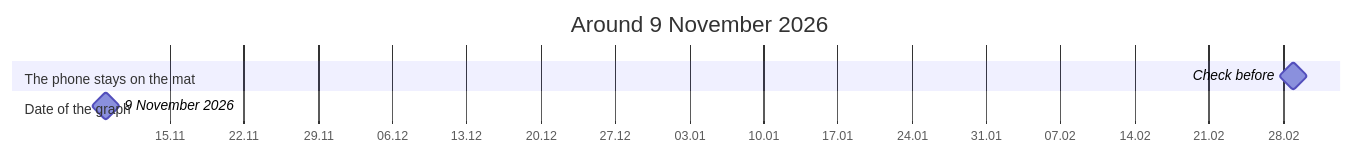
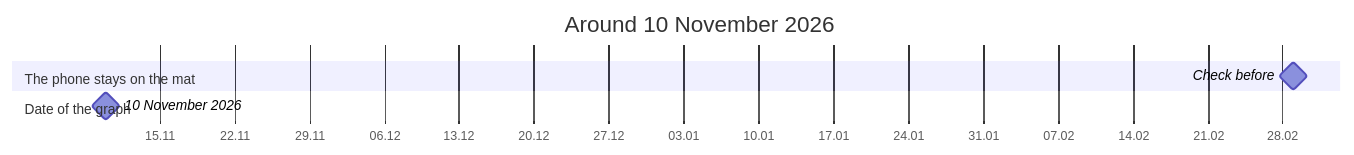
Before and after one commit to advancedcognitivesystems-ai/trame: the diagram in apps/poselia/docs/timeline.md, drawn with Mermaid. The commit also changed other lines of this file and 263 other files, not shown here.

````diff
--- a/apps/poselia/docs/timeline.md
+++ b/apps/poselia/docs/timeline.md
@@ -5,10 +5,10 @@
 ```mermaid
 gantt
   dateFormat YYYY-MM-DD
   axisFormat %d.%m
-  title Around 9 November 2026
+  title Around 10 November 2026
   section The phone stays on the mat
     Check before : milestone, 2027-03-01, 0d
   section Date of the graph
-    9 November 2026 : milestone, 2026-11-09, 0d
+    10 November 2026 : milestone, 2026-11-10, 0d
 ```
````
